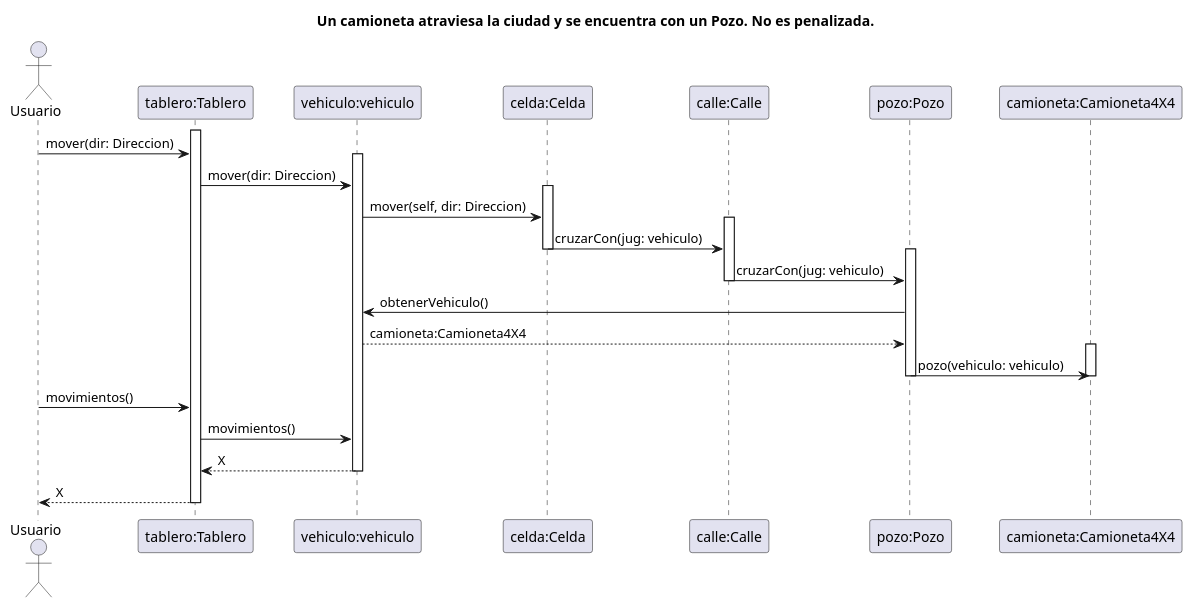
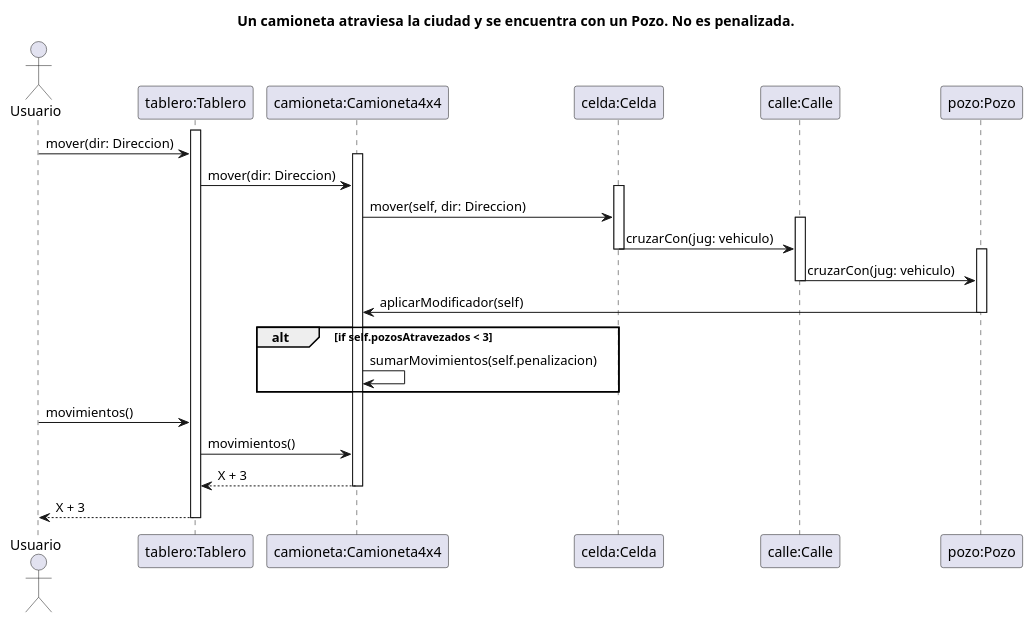
One commit to emtello/algo3_tp2_1C2022 changed the diagram in diagrams/sequences/SecuenciaUnaCamionetaCruzaUnPozoYNoEsPenalizado/SecuenciaUnaCamionetaCruzaUnPozoYNoEsPenalizado.puml. Above: the diagram before and after it, drawn with PlantUML. The commit also changed 23 other files, not shown here.

Commit message:
Actualización de todos los diagramas de secuencia

```diff
--- a/diagrams/sequences/SecuenciaUnaCamionetaCruzaUnPozoYNoEsPenalizado/SecuenciaUnaCamionetaCruzaUnPozoYNoEsPenalizado.puml
+++ b/diagrams/sequences/SecuenciaUnaCamionetaCruzaUnPozoYNoEsPenalizado/SecuenciaUnaCamionetaCruzaUnPozoYNoEsPenalizado.puml
@@ -1,62 +1,62 @@
 @startuml SecuenciaUnaCamionetaCruzaUnPozoYNoEsPenalizado
 ' Caso de uso 
 ' Una camioneta atraviesa la ciudad y se encuentra con un Pozo. No penalizada .
 
 title Un camioneta atraviesa la ciudad y se encuentra con un Pozo. No es penalizada.
 
 Actor Usuario as user
 participant "tablero:Tablero" as tablero
-participant "vehiculo:vehiculo" as vehiculo
+participant "camioneta:Camioneta4x4" as vehiculo
 participant "celda:Celda" as celda
 participant "calle:Calle" as calle
 participant "pozo:Pozo" as pozo
-participant "camioneta:Camioneta4X4" as camioneta
 
+' participant "Direccion" as direccion
+' participant "Modificador" as modificador
 
 activate tablero
+
 
 user -> tablero: mover(dir: Direccion)
 
 activate vehiculo
 
 tablero -> vehiculo: mover(dir: Direccion)
 
 activate celda
 
 vehiculo -> celda: mover(self, dir: Direccion)
 
 activate calle
 
 celda -> calle: cruzarCon(jug: vehiculo)
 
 deactivate celda
 activate pozo
 
 calle -> pozo: cruzarCon(jug: vehiculo)
 
 deactivate calle
 
-pozo -> vehiculo: obtenerVehiculo()
+pozo -> vehiculo: aplicarModificador(self)
+deactivate pozo
 
-vehiculo --> pozo: camioneta:Camioneta4X4
+alt if self.pozosAtravezados < 3
+vehiculo -> vehiculo: sumarMovimientos(self.penalizacion)
 
-activate camioneta
+end alt
 
-pozo -> camioneta: pozo(vehiculo: vehiculo) 
 
-deactivate camioneta
-deactivate pozo
 deactivate calle
 deactivate celda
 
 user -> tablero: movimientos()
+tablero -> vehiculo: movimientos()
+vehiculo --> tablero: X + 3
 
-tablero -> vehiculo: movimientos()
-vehiculo --> tablero: X 
 deactivate vehiculo
 
-tablero --> user: X 
+tablero --> user: X + 3
 
 deactivate tablero
-
 @enduml
```
